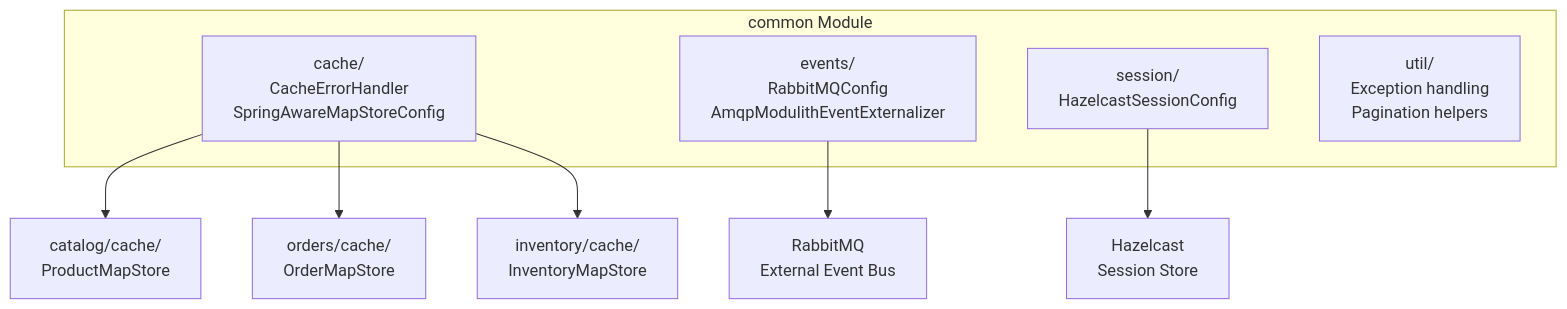
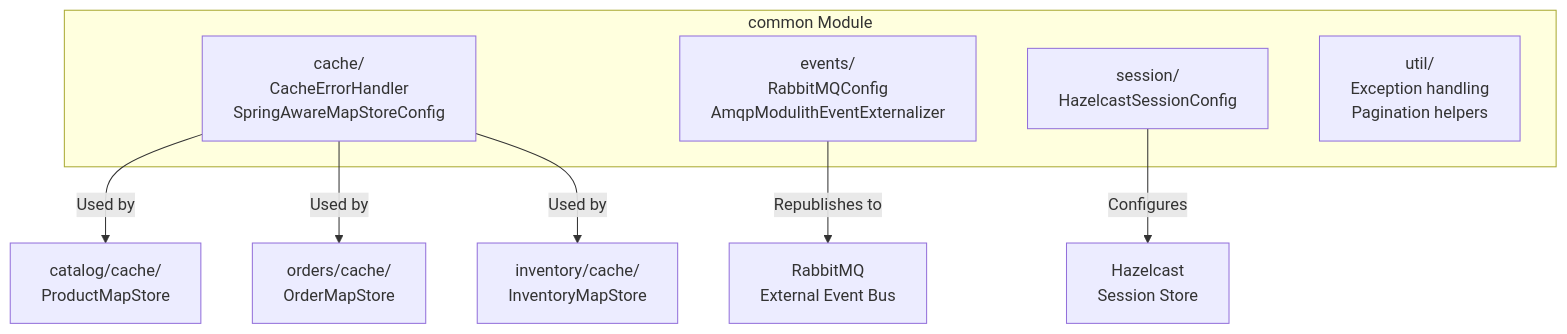
One commit to philipz/spring-modular-monolith changed the third of 12 diagrams in docs/deepwiki/Module-Structure-and-Boundaries.md. Above: the diagram before and after it, drawn with Mermaid. The commit also changed other lines of this file and 55 other files, not shown here.

````diff
--- a/docs/deepwiki/Module-Structure-and-Boundaries.md
+++ b/docs/deepwiki/Module-Structure-and-Boundaries.md
@@ -155,26 +155,26 @@
 ```mermaid
 flowchart TD
 
 CachePackage["cache/<br>CacheErrorHandler<br>SpringAwareMapStoreConfig"]
 EventsPackage["events/<br>RabbitMQConfig<br>AmqpModulithEventExternalizer"]
 SessionPackage["session/<br>HazelcastSessionConfig"]
 UtilPackage["util/<br>Exception handling<br>Pagination helpers"]
 ProductMapStore["catalog/cache/<br>ProductMapStore"]
 OrderMapStore["orders/cache/<br>OrderMapStore"]
 InventoryMapStore["inventory/cache/<br>InventoryMapStore"]
 RabbitMQ["RabbitMQ<br>External Event Bus"]
 HZSession["Hazelcast<br>Session Store"]
 
-CachePackage --> ProductMapStore
-CachePackage --> OrderMapStore
-CachePackage --> InventoryMapStore
-EventsPackage --> RabbitMQ
-SessionPackage --> HZSession
+CachePackage -->|"Used by"| ProductMapStore
+CachePackage -->|"Used by"| OrderMapStore
+CachePackage -->|"Used by"| InventoryMapStore
+EventsPackage -->|"Republishes to"| RabbitMQ
+SessionPackage -->|"Configures"| HZSession
 
 subgraph subGraph0 ["common Module"]
     CachePackage
     EventsPackage
     SessionPackage
     UtilPackage
 end
 ```
````
